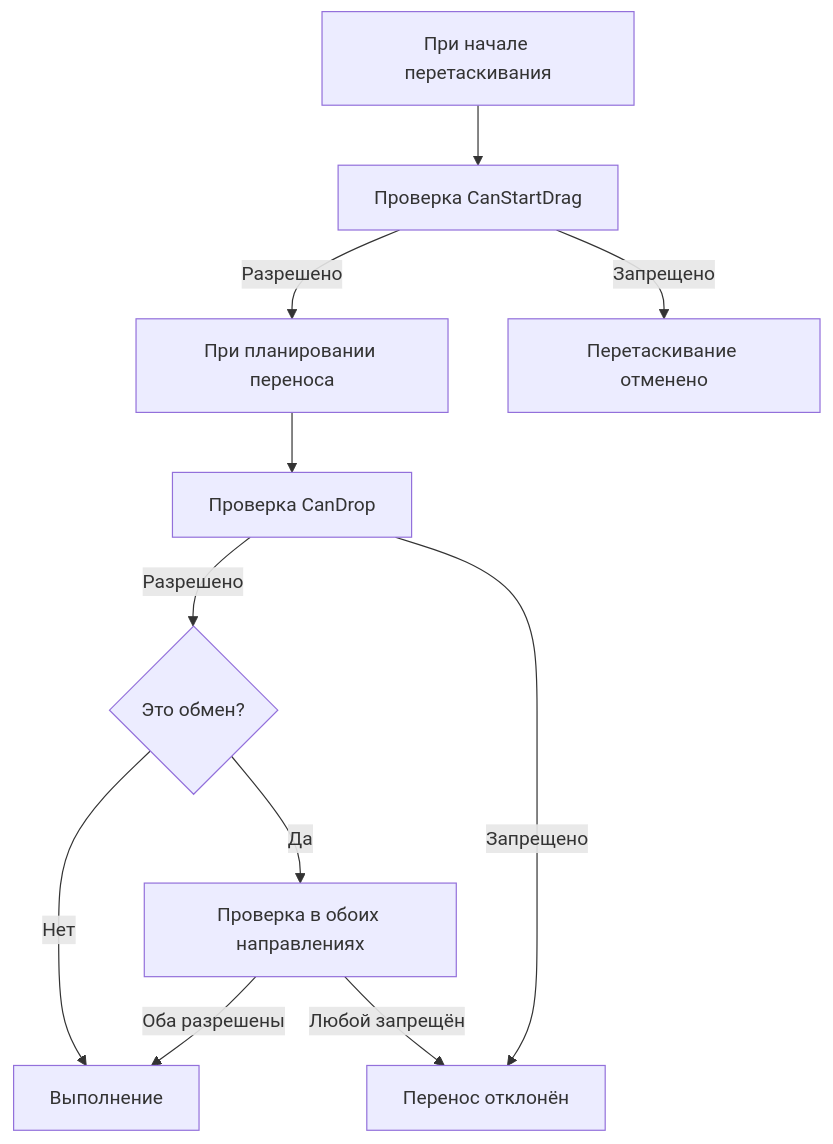
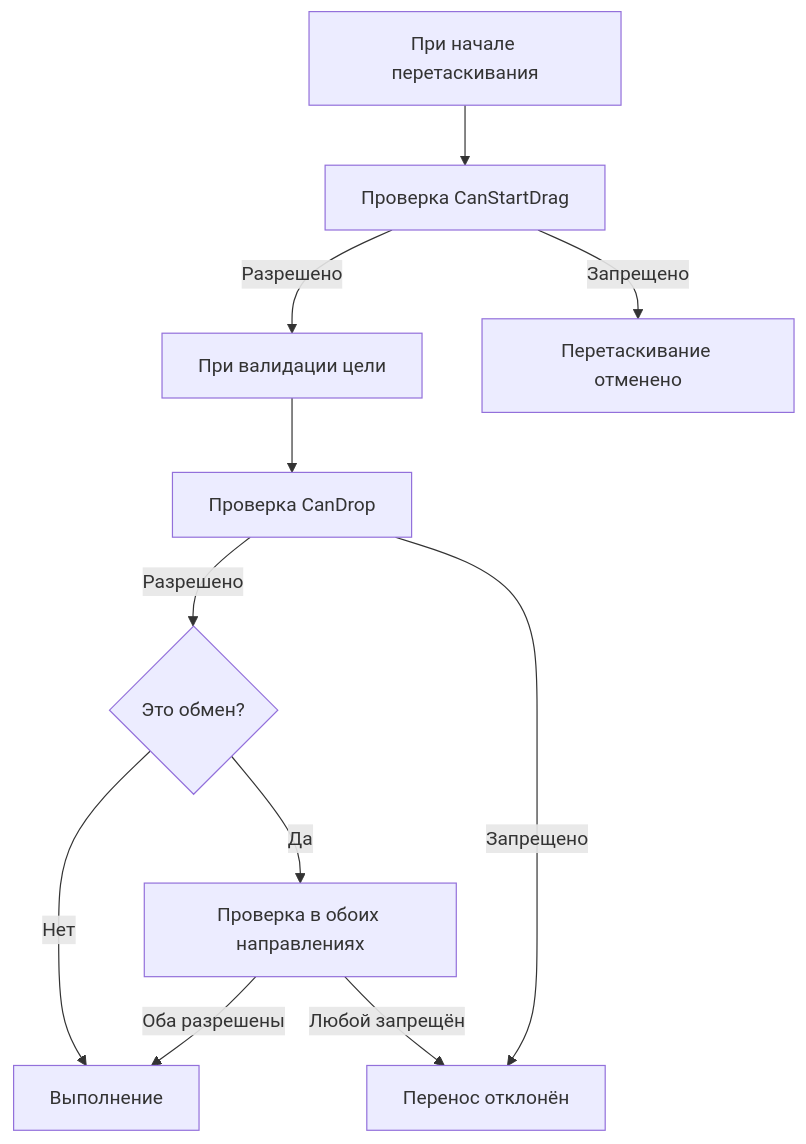
The third of 3 diagrams in .docs/content/architecture/rules.ru.md (SergeevSergey99/DragAndDropSystem-Docs), drawn with Mermaid before and after one commit. The commit also changed other lines of this file and 15 other files, not shown here.

````diff
--- a/.docs/content/architecture/rules.ru.md
+++ b/.docs/content/architecture/rules.ru.md
@@ -117,16 +117,16 @@
 ```mermaid
 flowchart TD
     START["При начале перетаскивания"] --> CHECK1["Проверка CanStartDrag"]
-    CHECK1 -->|Разрешено| PLAN["При планировании переноса"]
+    CHECK1 -->|Разрешено| PLAN["При валидации цели"]
     CHECK1 -->|Запрещено| CANCEL["Перетаскивание отменено"]
 
     PLAN --> CHECK2["Проверка CanDrop"]
     CHECK2 -->|Разрешено| SWAP{"Это обмен?"}
     CHECK2 -->|Запрещено| REJECT["Перенос отклонён"]
 
     SWAP -->|Да| CHECK3["Проверка в обоих направлениях"]
     CHECK3 -->|Оба разрешены| EXEC["Выполнение"]
     CHECK3 -->|Любой запрещён| REJECT
 
     SWAP -->|Нет| EXEC
 ```
````
